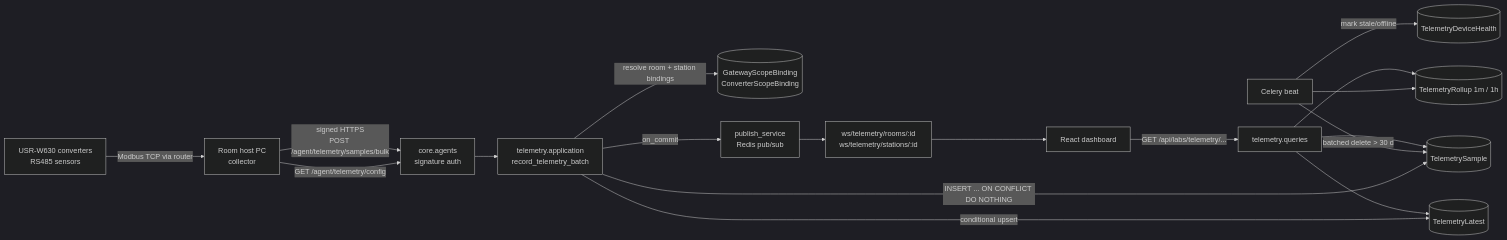
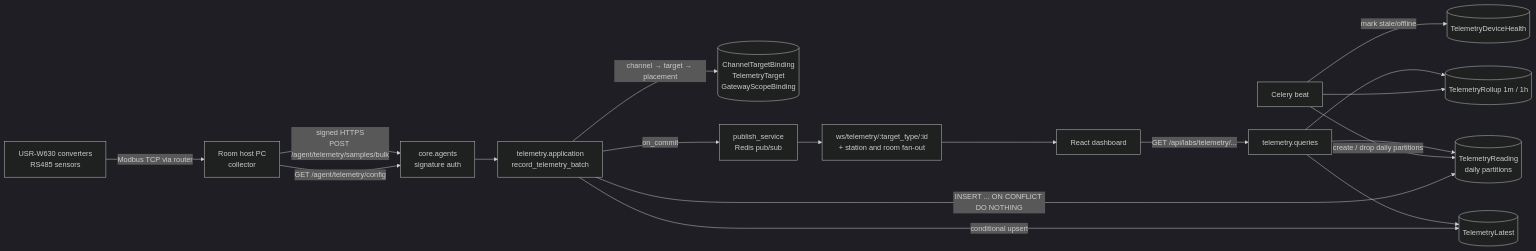
One commit to angustino88/lab-mango changed the second of 5 diagrams in docs/proposals/environment-telemetry.md. Above: the diagram before and after it, drawn with Mermaid (dark theme). The commit also changed other lines of this file, not shown here.

First line of the commit message:
docs: make telemetry targets, sources and metrics extensible

````diff
--- a/docs/proposals/environment-telemetry.md
+++ b/docs/proposals/environment-telemetry.md
@@ -218,18 +245,18 @@
 ```mermaid
 flowchart LR
   SN[USR-W630 converters<br/>RS485 sensors] -- "Modbus TCP via router" --> N[Room host PC<br/>collector]
   N -- "GET /agent/telemetry/config" --> AG
   N -- "signed HTTPS<br/>POST /agent/telemetry/samples/bulk" --> AG[core.agents<br/>signature auth]
   AG --> CMD[telemetry.application<br/>record_telemetry_batch]
-  CMD -- resolve room + station bindings --> B[(GatewayScopeBinding<br/>ConverterScopeBinding)]
-  CMD -- INSERT ... ON CONFLICT DO NOTHING --> S[(TelemetrySample)]
+  CMD -- channel → target → placement --> B[(ChannelTargetBinding<br/>TelemetryTarget<br/>GatewayScopeBinding)]
+  CMD -- INSERT ... ON CONFLICT DO NOTHING --> S[(TelemetryReading<br/>daily partitions)]
   CMD -- conditional upsert --> L[(TelemetryLatest)]
   CMD -- on_commit --> P[publish_service<br/>Redis pub/sub]
-  P --> WS[ws/telemetry/rooms/:id<br/>ws/telemetry/stations/:id]
+  P --> WS[ws/telemetry/:target_type/:id<br/>+ station and room fan-out]
   WS --> FE[React dashboard]
   CEL[Celery beat] --> R[(TelemetryRollup 1m / 1h)]
-  CEL -- batched delete > 30 d --> S
+  CEL -- create / drop daily partitions --> S
   CEL -- mark stale/offline --> H[(TelemetryDeviceHealth)]
   FE -- "GET /api/labs/telemetry/..." --> Q[telemetry.queries]
   Q --> L & R & S
 ```
````
